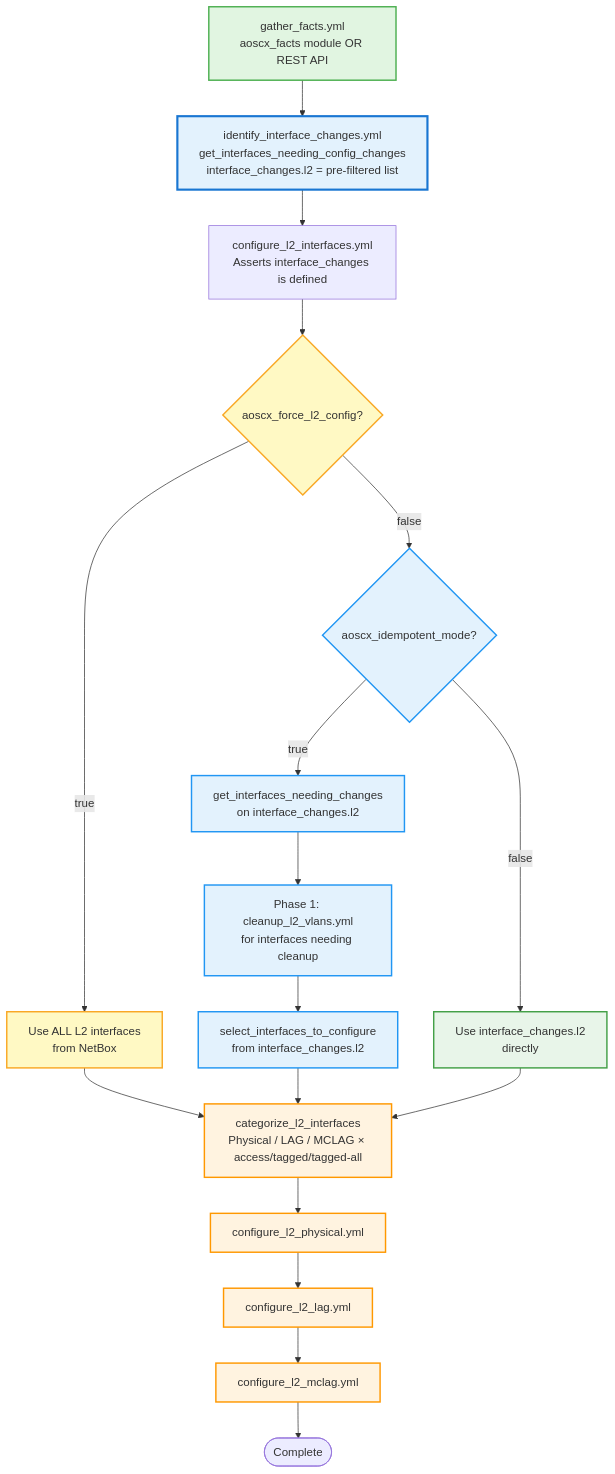
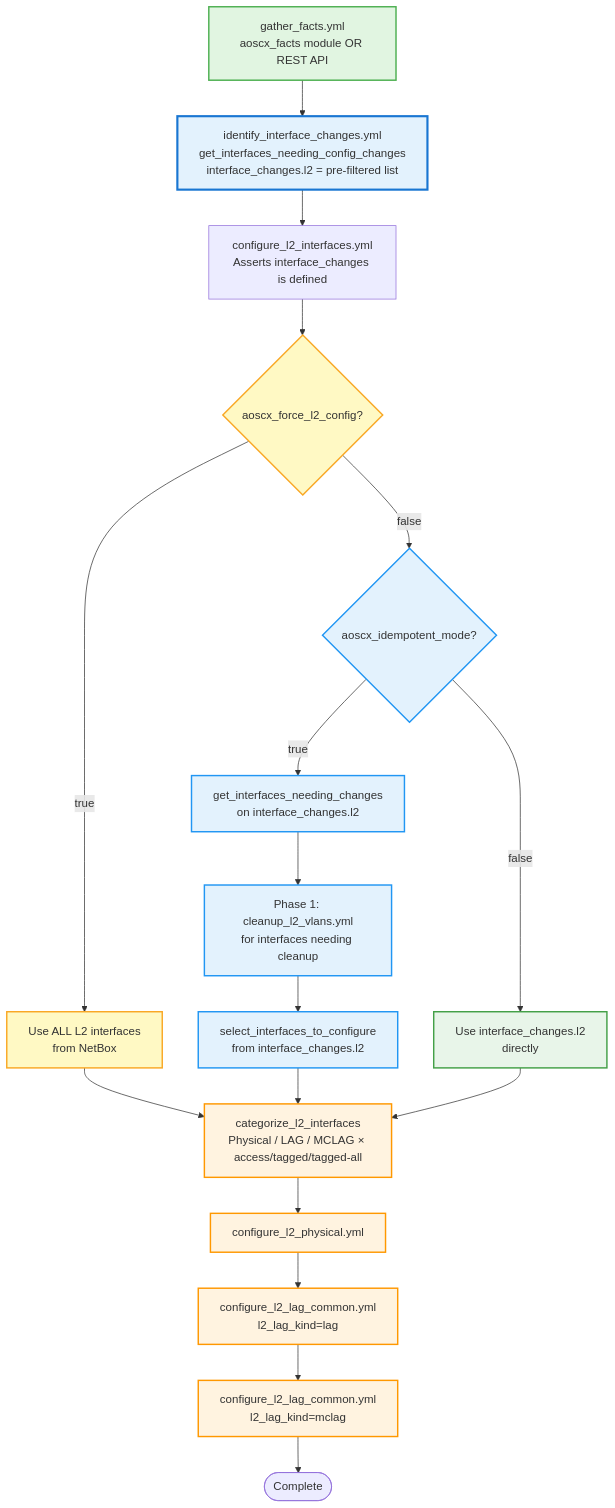
Before and after one commit to aopdal/ansible-role-aruba-cx-switch: the diagram in docs/L2_INTERFACE_MODES.md, drawn with Mermaid. The commit also changed 60 other files, not shown here.

````diff
--- a/docs/L2_INTERFACE_MODES.md
+++ b/docs/L2_INTERFACE_MODES.md
@@ -113,45 +113,45 @@
 ```mermaid
 flowchart TD
     Facts[gather_facts.yml\naoscx_facts module OR REST API] --> Identify
 
     Identify[identify_interface_changes.yml\nget_interfaces_needing_config_changes\ninterface_changes.l2 = pre-filtered list]
 
     Identify --> Entry[configure_l2_interfaces.yml\nAsserts interface_changes is defined]
 
     Entry --> CheckForce{aoscx_force_l2_config?}
 
     CheckForce -->|true| ForceSet[Use ALL L2 interfaces\nfrom NetBox]
 
     CheckForce -->|false| CheckMode{aoscx_idempotent_mode?}
 
     CheckMode -->|true| Analyze[get_interfaces_needing_changes\non interface_changes.l2]
     Analyze --> Cleanup[Phase 1: cleanup_l2_vlans.yml\nfor interfaces needing cleanup]
     Cleanup --> IdempotentSet[select_interfaces_to_configure\nfrom interface_changes.l2]
 
     CheckMode -->|false| StandardSet[Use interface_changes.l2\ndirectly]
 
     ForceSet --> Categorize
     IdempotentSet --> Categorize
     StandardSet --> Categorize
 
     Categorize[categorize_l2_interfaces\nPhysical / LAG / MCLAG × access/tagged/tagged-all]
 
     Categorize --> Physical[configure_l2_physical.yml]
-    Physical --> LAG[configure_l2_lag.yml]
-    LAG --> MCLAG[configure_l2_mclag.yml]
+    Physical --> LAG[configure_l2_lag_common.yml<br/>l2_lag_kind=lag]
+    LAG --> MCLAG[configure_l2_lag_common.yml<br/>l2_lag_kind=mclag]
     MCLAG --> End([Complete])
 
     classDef facts fill:#e1f5e1,stroke:#4caf50,stroke-width:2px
     classDef identify fill:#e3f2fd,stroke:#1976d2,stroke-width:3px
     classDef force fill:#fff9c4,stroke:#f9a825,stroke-width:2px
     classDef idem fill:#e3f2fd,stroke:#2196f3,stroke-width:2px
     classDef std fill:#e8f5e9,stroke:#43a047,stroke-width:2px
     classDef common fill:#fff3e0,stroke:#ff9800,stroke-width:2px
 
     class Facts facts
     class Identify identify
     class ForceSet,CheckForce force
     class CheckMode,Analyze,Cleanup,IdempotentSet idem
     class StandardSet std
     class Categorize,Physical,LAG,MCLAG common
 ```
````
